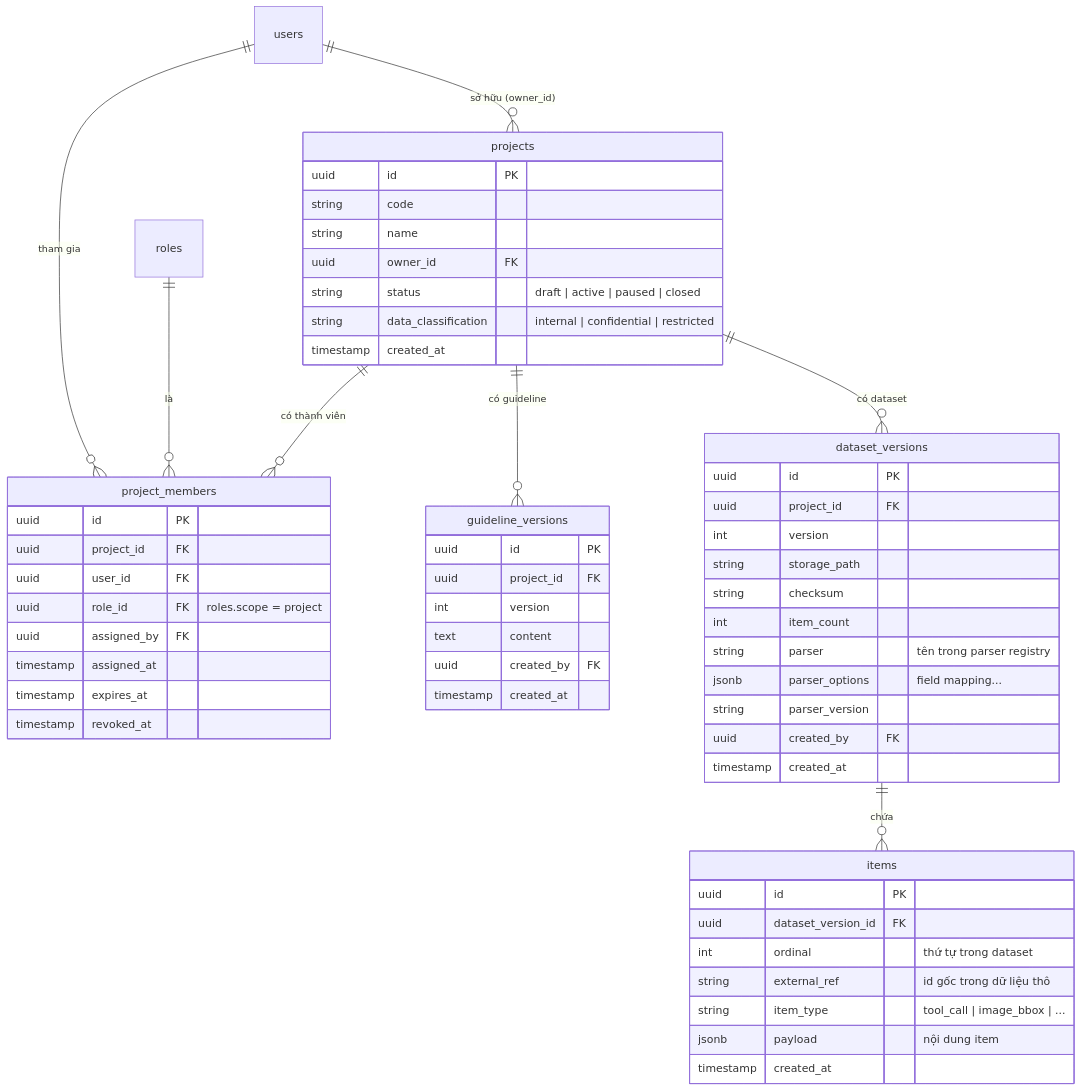
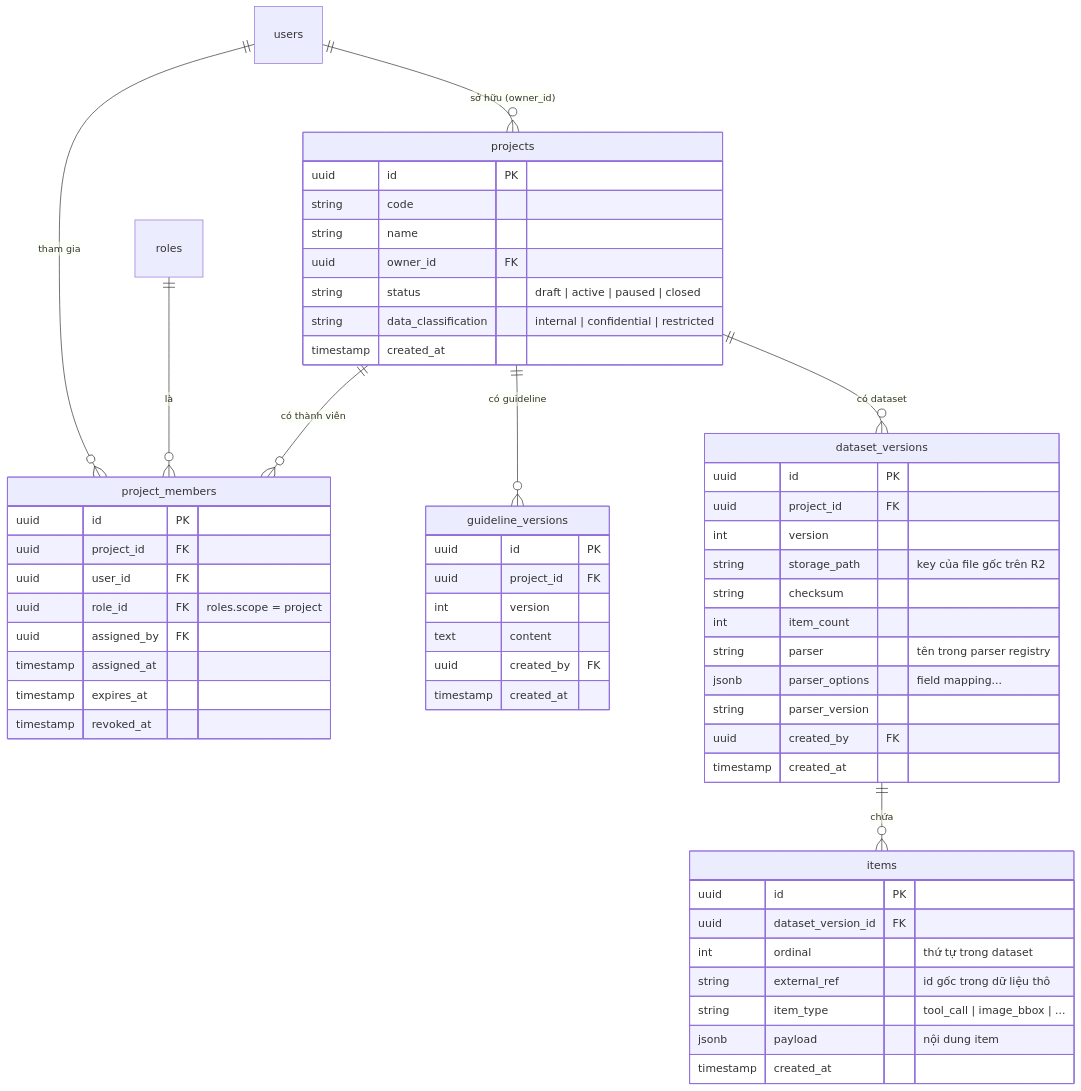
Before and after one commit to ducloc24/Annocollector: the fifth of 12 diagrams in docs/database_design.md, drawn with Mermaid. The commit also changed other lines of this file and 3 other files, not shown here.

````diff
--- a/docs/database_design.md
+++ b/docs/database_design.md
@@ -414,60 +414,60 @@
 ```mermaid
 erDiagram
     projects ||--o{ project_members : "có thành viên"
     users ||--o{ project_members : "tham gia"
     projects ||--o{ guideline_versions : "có guideline"
     projects ||--o{ dataset_versions : "có dataset"
     dataset_versions ||--o{ items : "chứa"
     users ||--o{ projects : "sở hữu (owner_id)"
     roles ||--o{ project_members : "là"
 
     projects {
         uuid id PK
         string code
         string name
         uuid owner_id FK
         string status "draft | active | paused | closed"
         string data_classification "internal | confidential | restricted"
         timestamp created_at
     }
     project_members {
         uuid id PK
         uuid project_id FK
         uuid user_id FK
         uuid role_id FK "roles.scope = project"
         uuid assigned_by FK
         timestamp assigned_at
         timestamp expires_at
         timestamp revoked_at
     }
     guideline_versions {
         uuid id PK
         uuid project_id FK
         int version
         text content
         uuid created_by FK
         timestamp created_at
     }
     dataset_versions {
         uuid id PK
         uuid project_id FK
         int version
-        string storage_path
+        string storage_path "key của file gốc trên R2"
         string checksum
         int item_count
         string parser "tên trong parser registry"
         jsonb parser_options "field mapping..."
         string parser_version
         uuid created_by FK
         timestamp created_at
     }
     items {
         uuid id PK
         uuid dataset_version_id FK
         int ordinal "thứ tự trong dataset"
         string external_ref "id gốc trong dữ liệu thô"
         string item_type "tool_call | image_bbox | ..."
         jsonb payload "nội dung item"
         timestamp created_at
     }
 ```
````
